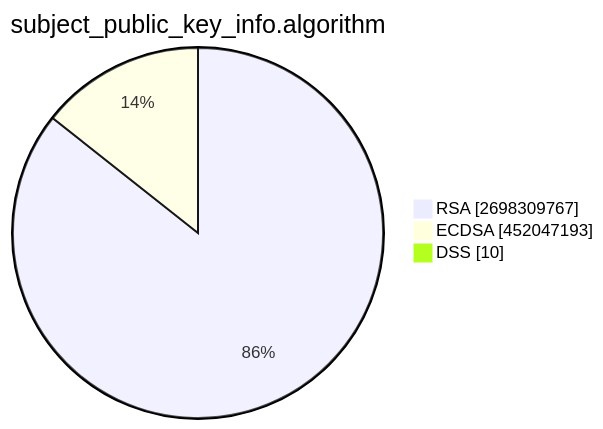
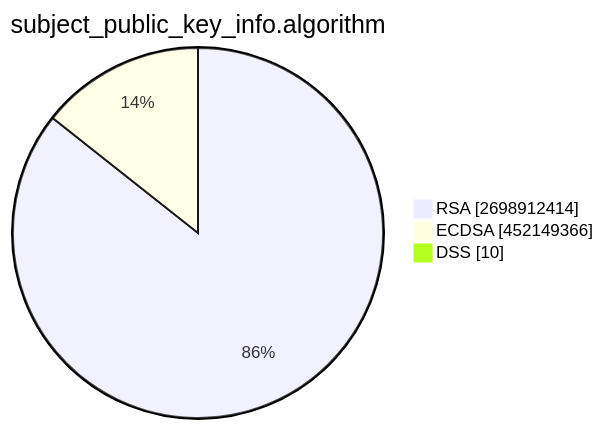
One commit to christiankrug/ctmonitor_visualization changed the second of 15 diagrams in TOTAL/README.md. Above: the diagram before and after it, drawn with Mermaid. The commit also changed other lines of this file, not shown here.

````diff
--- a/TOTAL/README.md
+++ b/TOTAL/README.md
@@ -6,7 +6,7 @@
 ```mermaid
 pie showData
 title subject_public_key_info.algorithm
-"RSA" :2698309767
-"ECDSA" :452047193
+"RSA" :2698912414
+"ECDSA" :452149366
 "DSS" :10
 ```
````
